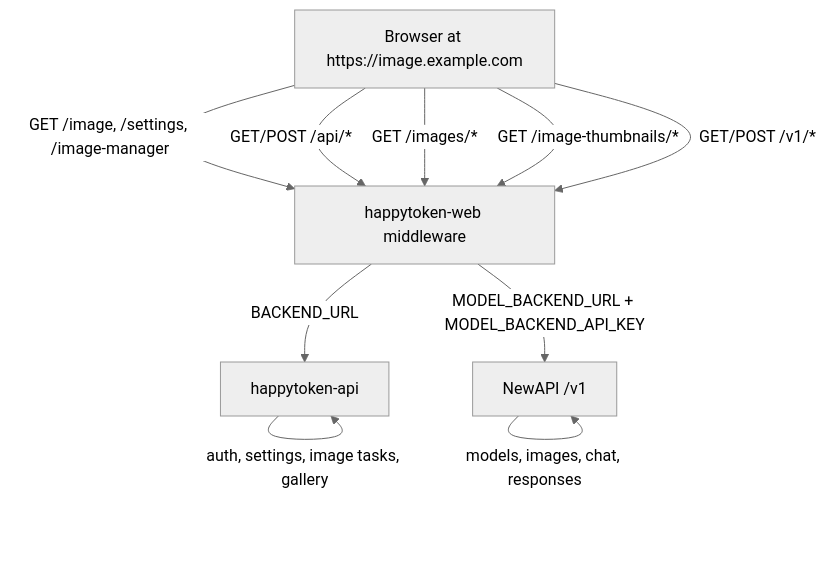
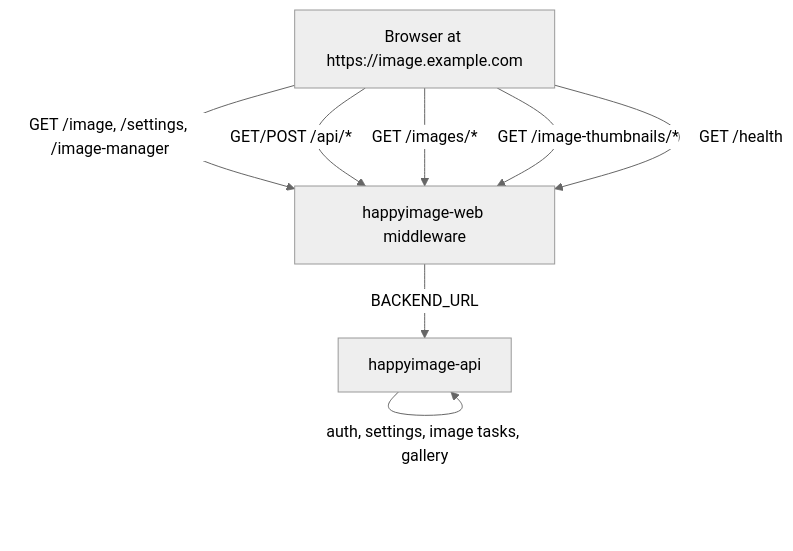
The second of 7 diagrams in docs/architecture.md (happy-token/HappyImage), drawn with Mermaid (neutral theme) before and after one commit. The commit also changed other lines of this file and 7 other files, not shown here.

````diff
--- a/docs/architecture.md
+++ b/docs/architecture.md
@@ -34,19 +34,15 @@
 ```mermaid
 flowchart TD
   Browser["Browser at https://image.example.com"]
-  Middleware["happytoken-web middleware"]
-  ProductAPI["happytoken-api"]
-  ModelGateway["NewAPI /v1"]
+  Middleware["happyimage-web middleware"]
+  ProductAPI["happyimage-api"]
 
   Browser -->|"GET /image, /settings, /image-manager"| Middleware
   Browser -->|"GET/POST /api/*"| Middleware
   Browser -->|"GET /images/*"| Middleware
   Browser -->|"GET /image-thumbnails/*"| Middleware
-  Browser -->|"GET/POST /v1/*"| Middleware
+  Browser -->|"GET /health"| Middleware
 
   Middleware -->|"BACKEND_URL"| ProductAPI
-  Middleware -->|"MODEL_BACKEND_URL + MODEL_BACKEND_API_KEY"| ModelGateway
-
   ProductAPI -->|"auth, settings, image tasks, gallery"| ProductAPI
-  ModelGateway -->|"models, images, chat, responses"| ModelGateway
 ```
````
